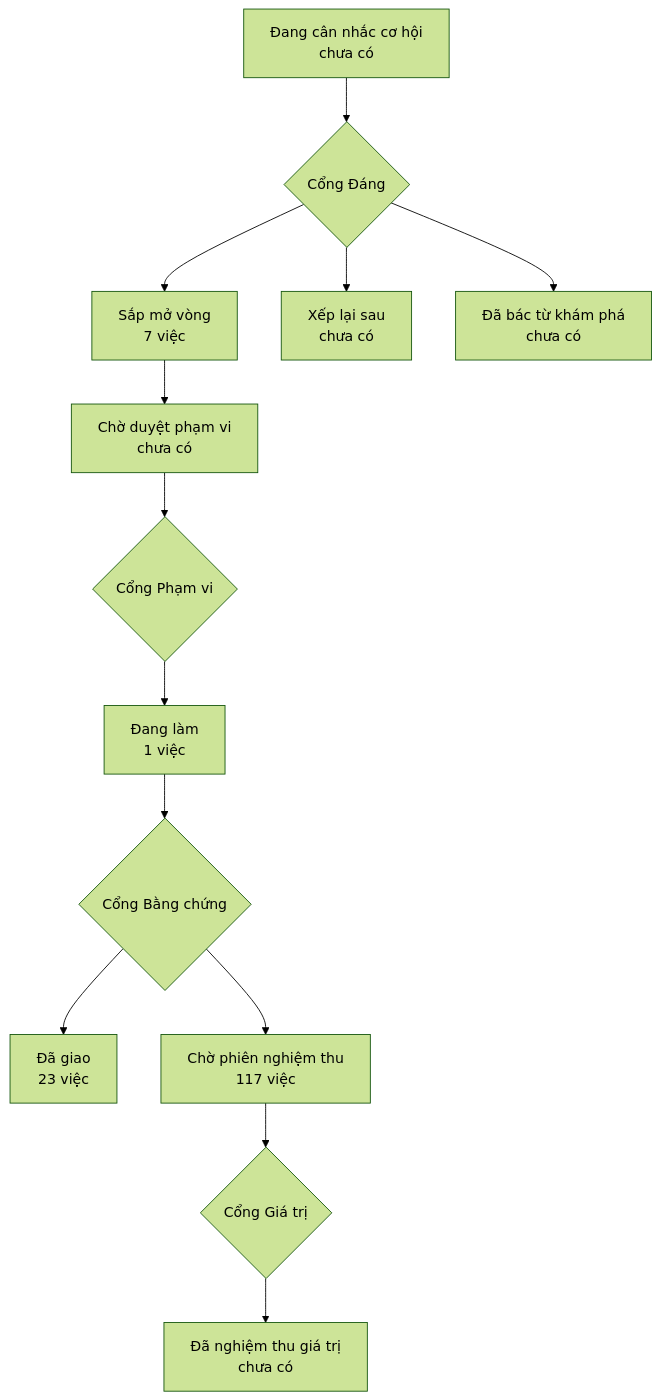
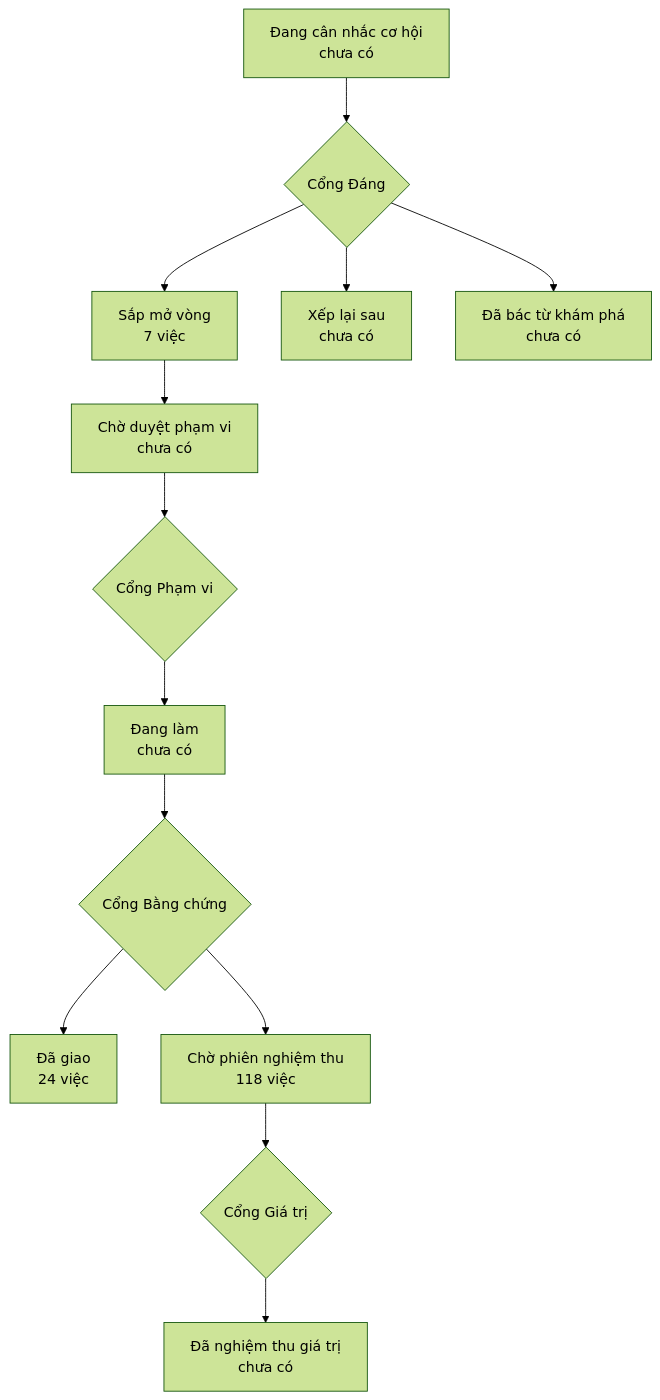
Before and after one commit to phanlemanh/onehub-quy-hang: the diagram in PRODUCT-MAP.md, drawn with Mermaid (forest theme). The commit also changed other lines of this file and 5 other files, not shown here.

````diff
--- a/PRODUCT-MAP.md
+++ b/PRODUCT-MAP.md
@@ -7,12 +7,12 @@
 ```mermaid
 flowchart TD
   A["Đang cân nhắc cơ hội<br/>chưa có"] --> GD{"Cổng Đáng"}
   GD --> B["Sắp mở vòng<br/>7 việc"]
   GD --> XL["Xếp lại sau<br/>chưa có"]
   GD --> DB["Đã bác từ khám phá<br/>chưa có"]
   B --> CD["Chờ duyệt phạm vi<br/>chưa có"] --> GP{"Cổng Phạm vi"}
-  GP --> DL["Đang làm<br/>1 việc"] --> GB{"Cổng Bằng chứng"}
-  GB --> DG["Đã giao<br/>23 việc"]
-  GB --> CN["Chờ phiên nghiệm thu<br/>117 việc"] --> GG{"Cổng Giá trị"}
+  GP --> DL["Đang làm<br/>chưa có"] --> GB{"Cổng Bằng chứng"}
+  GB --> DG["Đã giao<br/>24 việc"]
+  GB --> CN["Chờ phiên nghiệm thu<br/>118 việc"] --> GG{"Cổng Giá trị"}
   GG --> NT["Đã nghiệm thu giá trị<br/>chưa có"]
 ```
````
